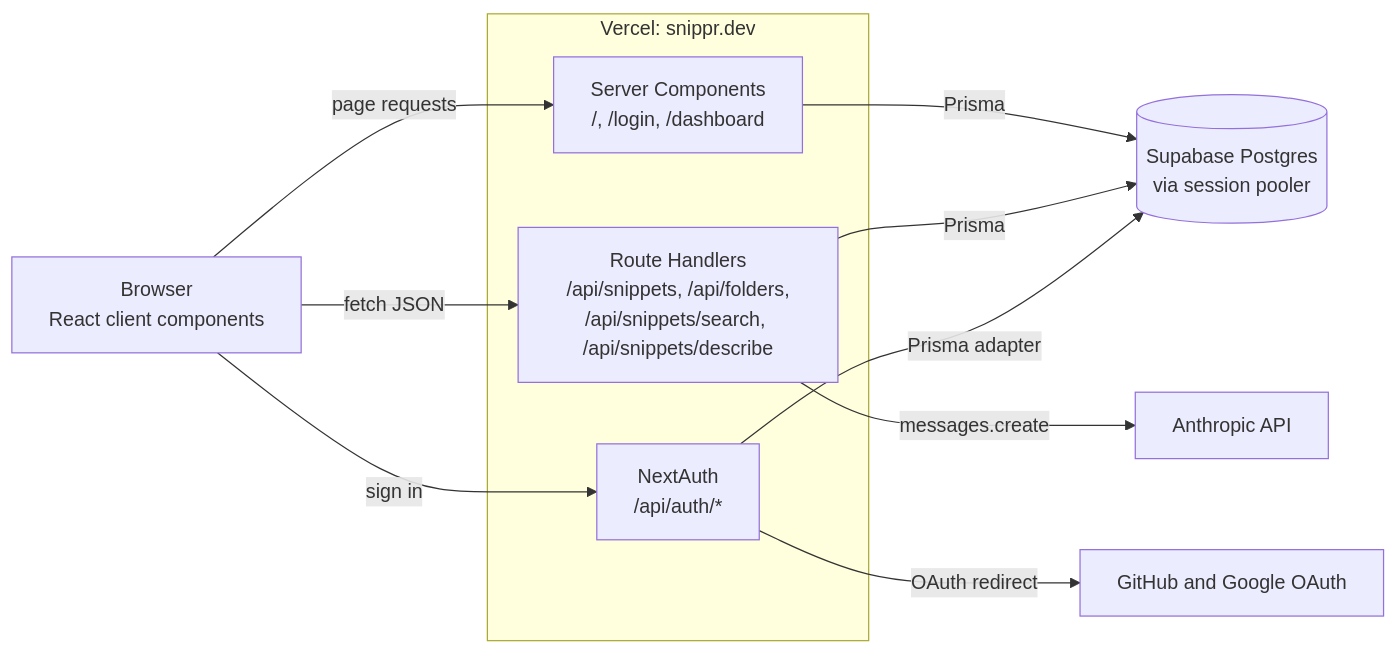
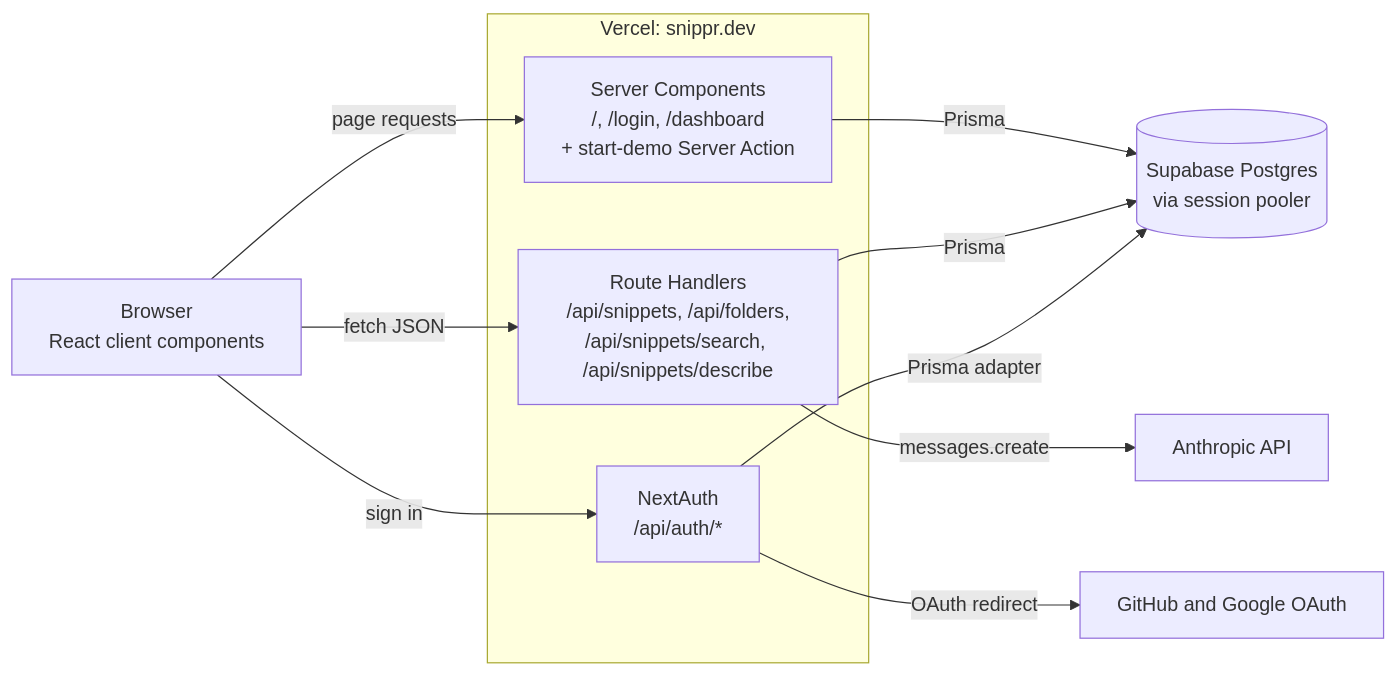
The first of 4 diagrams in docs/ARCHITECTURE.md (RyanDanielWalker/snippr), drawn with Mermaid before and after one commit. The commit also changed other lines of this file and 4 other files, not shown here.

First line of the commit message:
docs: record demo mode in an ADR, architecture, and roadmap

````diff
--- a/docs/ARCHITECTURE.md
+++ b/docs/ARCHITECTURE.md
@@ -13,23 +13,23 @@
 ```mermaid
 flowchart LR
     Browser["Browser<br/>React client components"]
 
     subgraph Vercel["Vercel: snippr.dev"]
-        Pages["Server Components<br/>/, /login, /dashboard"]
+        Pages["Server Components<br/>/, /login, /dashboard<br/>+ start-demo Server Action"]
         API["Route Handlers<br/>/api/snippets, /api/folders,<br/>/api/snippets/search, /api/snippets/describe"]
         Auth["NextAuth<br/>/api/auth/*"]
     end
 
     DB[("Supabase Postgres<br/>via session pooler")]
     Claude["Anthropic API"]
     OAuth["GitHub and Google OAuth"]
 
     Browser -- "page requests" --> Pages
     Browser -- "fetch JSON" --> API
     Browser -- "sign in" --> Auth
     Pages -- "Prisma" --> DB
     API -- "Prisma" --> DB
     API -- "messages.create" --> Claude
     Auth -- "Prisma adapter" --> DB
     Auth -- "OAuth redirect" --> OAuth
 ```
````
